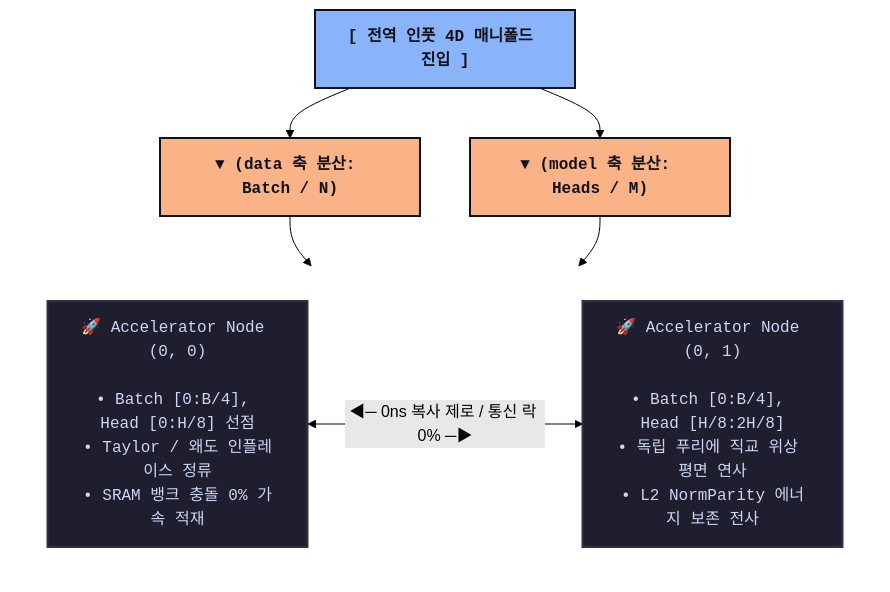
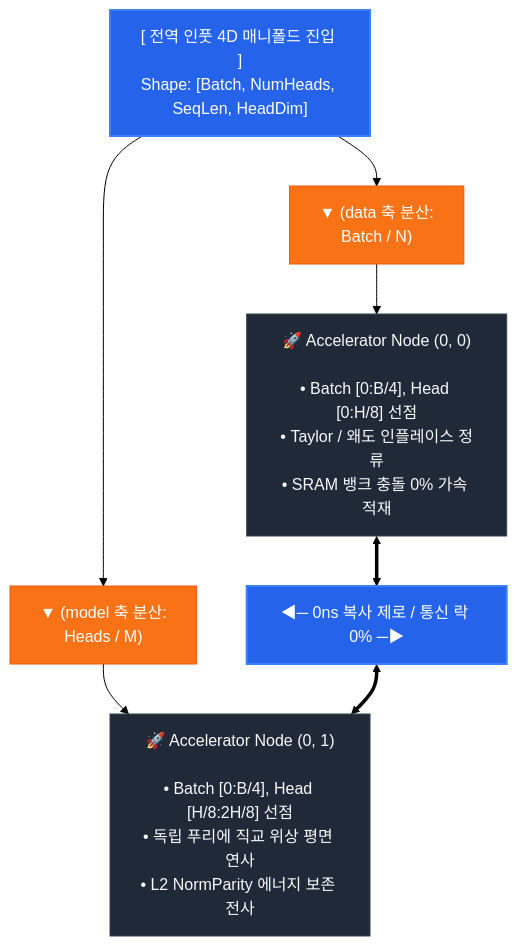
Before and after one commit to PJHkorea/jax-softmax-bypass: the diagram in README.md, drawn with Mermaid (forest theme).

````diff
--- a/README.md
+++ b/README.md
@@ -26,34 +27,32 @@
 ```mermaid
-graph TD
-    classDef nodeStyle fill:#1e1e2e,stroke:#313244,stroke-width:2px,color:#cdd6f4,font-family:monospace;
-    classDef titleStyle fill:#89b4fa,stroke:#11111b,stroke-width:2px,color:#11111b,font-weight:bold,font-family:monospace;
-    classDef subTitleStyle fill:#fab387,stroke:#11111b,stroke-width:2px,color:#11111b,font-weight:bold,font-family:monospace;
+flowchart TD
+    %% 전역 스타일 및 실리콘 테마 바인딩
+    classDef default fill:#1f2937,stroke:#374151,stroke-width:1px,color:#f9fafb;
+    classDef highlight fill:#2563eb,stroke:#3b82f6,stroke-width:2px,color:#ffffff;
+    classDef orange fill:#f97316,stroke:#ea580c,stroke-width:1px,color:#ffffff;
+    
+    %% [전역 인풋 4D 매니폴드 진입]
+    INPUT["[ 전역 인풋 4D 매니폴드 진입 ]<br>Shape: [Batch, NumHeads, SeqLen, HeadDim]"]:::highlight
 
-    %% Global Input
-    GI["[ 전역 인풋 4D 매니폴드 진입 ]"]:::titleStyle
+    %% [분산 배정 축 사상 가드레일]
+    DATA_SHARD["▼ (data 축 분산:<br>Batch / N)"]:::orange
+    MODEL_SHARD["▼ (model 축 분산:<br>Heads / M)"]:::orange
 
-    %% Distribution Axes
-    DA_Batch["▼ (data 축 분산: Batch / N)"]:::subTitleStyle
-    DA_Head["▼ (model 축 분산: Heads / M)"]:::subTitleStyle
+    %% [물리 가속기 가동 노드 어레이]
+    NODE_00["🚀 Accelerator Node (0, 0)<br><br>• Batch [0:B/4], Head [0:H/8] 선점<br>• Taylor / 왜도 인플레이스 정류<br>• SRAM 뱅크 충돌 0% 가속 적재"]
+    NODE_01["🚀 Accelerator Node (0, 1)<br><br>• Batch [0:B/4], Head [H/8:2H/8] 선점<br>• 독립 푸리에 직교 위상 평면 연사<br>• L2 NormParity 에너지 보존 전사"]
 
-    %% Accelerator Nodes
-    subgraph Cluster_Nodes [" "]
-        direction LR
-        
-        Node0["🚀 Accelerator Node (0, 0)<br><br>• Batch [0:B/4], Head [0:H/8] 선점<br>• Taylor / 왜도 인플레이스 정류<br>• SRAM 뱅크 충돌 0% 가속 적재"]:::nodeStyle
-        
-        Node1["🚀 Accelerator Node (0, 1)<br><br>• Batch [0:B/4], Head [H/8:2H/8]<br>• 독립 푸리에 직교 위상 평면 연사<br>• L2 NormParity 에너지 보존 전사"]:::nodeStyle
-    end
+    %% [0ns 통신 프리미티브 배리어]
+    COMM_BARRIER["◀─ 0ns 복사 제로 / 통신 락 0% ─▶"]:::highlight
 
-    %% Connections
-    GI --> DA_Batch
-    GI --> DA_Head
-    DA_Batch --> Node0
-    DA_Head --> Node1
+    %% 텐서 주소선 라우팅 연결
+    INPUT --> DATA_SHARD
+    INPUT --> MODEL_SHARD
     
-    %% Communication Link
-    Node0 <--> |"◀─ 0ns 복사 제로 / 통신 락 0% ─▶"| Node1
-
-    %% Layout adjustments
-    style Cluster_Nodes fill:none,stroke:none;
+    DATA_SHARD --> NODE_00
+    MODEL_SHARD --> NODE_01
+    
+    %% 하드웨어 상호 인터록 링크
+    NODE_00 <==> COMM_BARRIER
+    COMM_BARRIER <==> NODE_01
 ```
````
